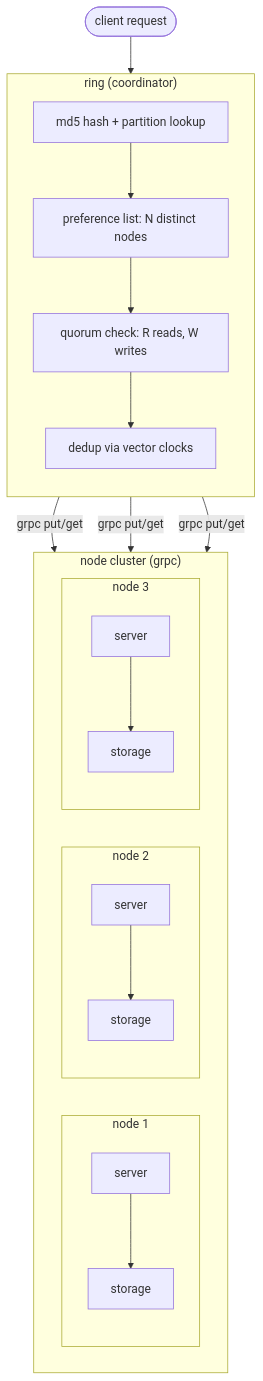
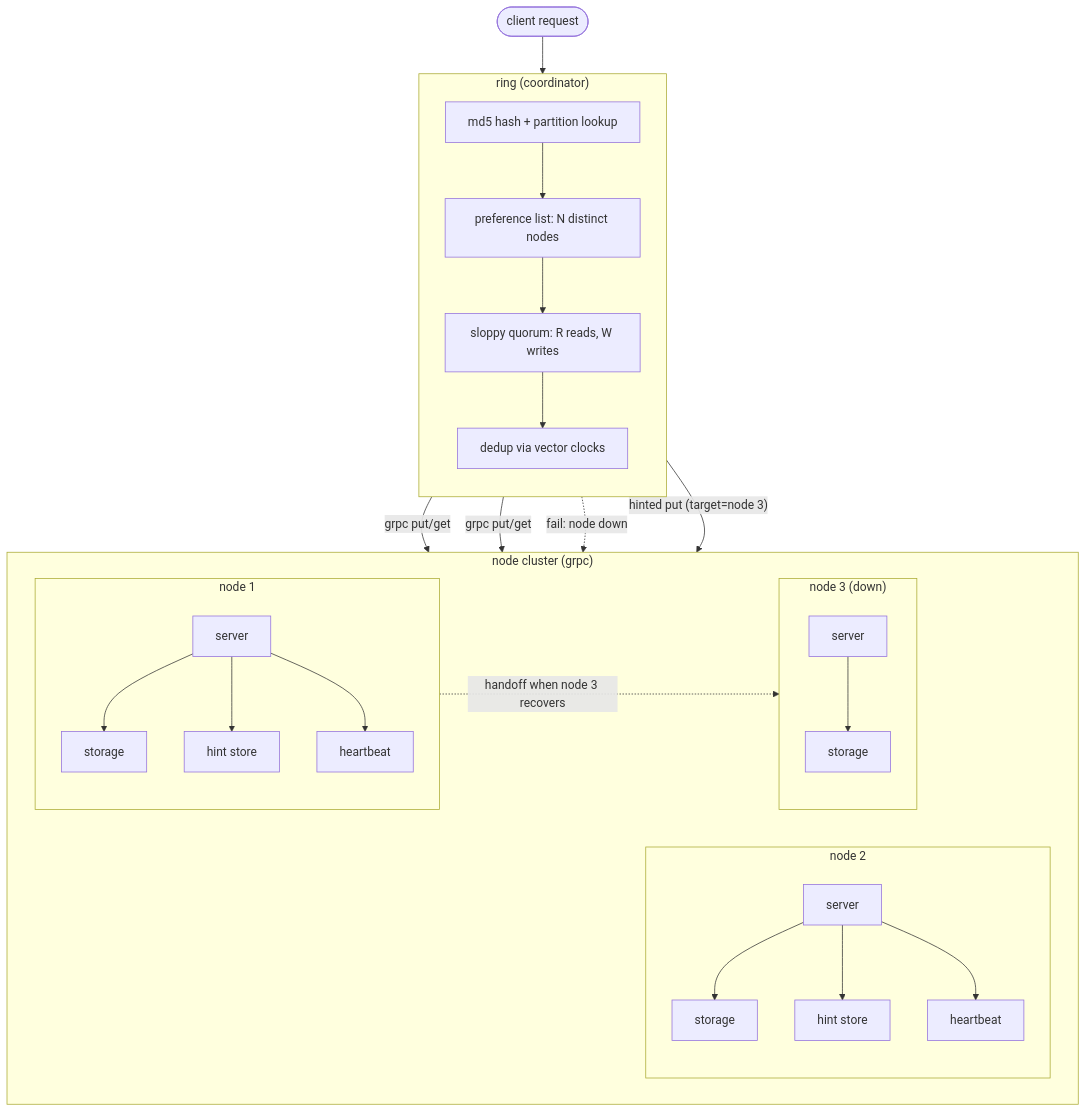
One commit to pixperk/plethora changed the first of 5 diagrams in README.md. Above: the diagram before and after it, drawn with Mermaid. The commit also changed other lines of this file, not shown here.

Commit message:
update readme for sloppy quorum

````diff
--- a/README.md
+++ b/README.md
@@ -9,31 +9,38 @@
 ```mermaid
 graph TB
     client([client request])
     client --> ring
 
     subgraph ring["ring (coordinator)"]
         direction TB
         hash[md5 hash + partition lookup]
         pref[preference list: N distinct nodes]
-        quorum[quorum check: R reads, W writes]
+        quorum[sloppy quorum: R reads, W writes]
         dedup[dedup via vector clocks]
         hash --> pref --> quorum --> dedup
     end
 
     subgraph cluster["node cluster (grpc)"]
         direction LR
         subgraph n1[node 1]
             s1[server] --> st1[storage]
+            s1 --> h1[hint store]
+            s1 --> hb1[heartbeat]
         end
         subgraph n2[node 2]
             s2[server] --> st2[storage]
+            s2 --> h2[hint store]
+            s2 --> hb2[heartbeat]
         end
-        subgraph n3[node 3]
+        subgraph n3["node 3 (down)"]
             s3[server] --> st3[storage]
         end
     end
 
     ring -->|grpc put/get| n1
     ring -->|grpc put/get| n2
-    ring -->|grpc put/get| n3
+    ring -.->|"fail: node down"| n3
+    ring -->|"hinted put (target=node 3)"| n1
+
+    n1 -.->|"handoff when node 3 recovers"| n3
 ```
````
